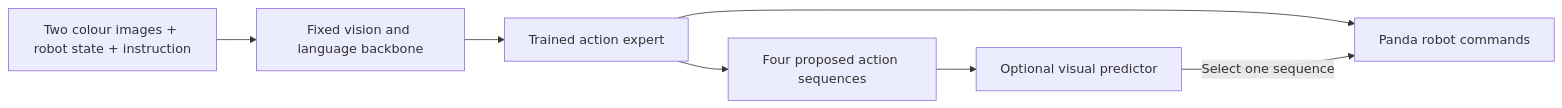
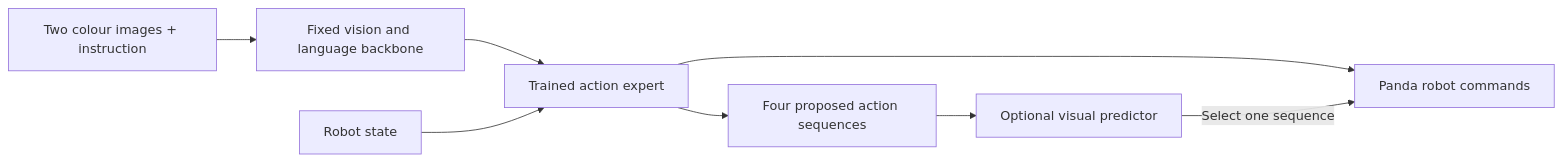
One commit to enisycn/Humanoid_VLA changed the diagram in README.md. Above: the diagram before and after it, drawn with Mermaid. The commit also changed other lines of this file and 6 other files, not shown here.

````diff
--- a/README.md
+++ b/README.md
@@ -34,9 +34,10 @@
 ```mermaid
 flowchart LR
-  A[Two colour images + robot state + instruction] --> B[Fixed vision and language backbone]
+  A[Two colour images + instruction] --> B[Fixed vision and language backbone]
   B --> C[Trained action expert]
+  S[Robot state] --> C
   C --> D[Panda robot commands]
   C --> E[Four proposed action sequences]
   E --> F[Optional visual predictor]
   F -->|Select one sequence| D
 ```
````
